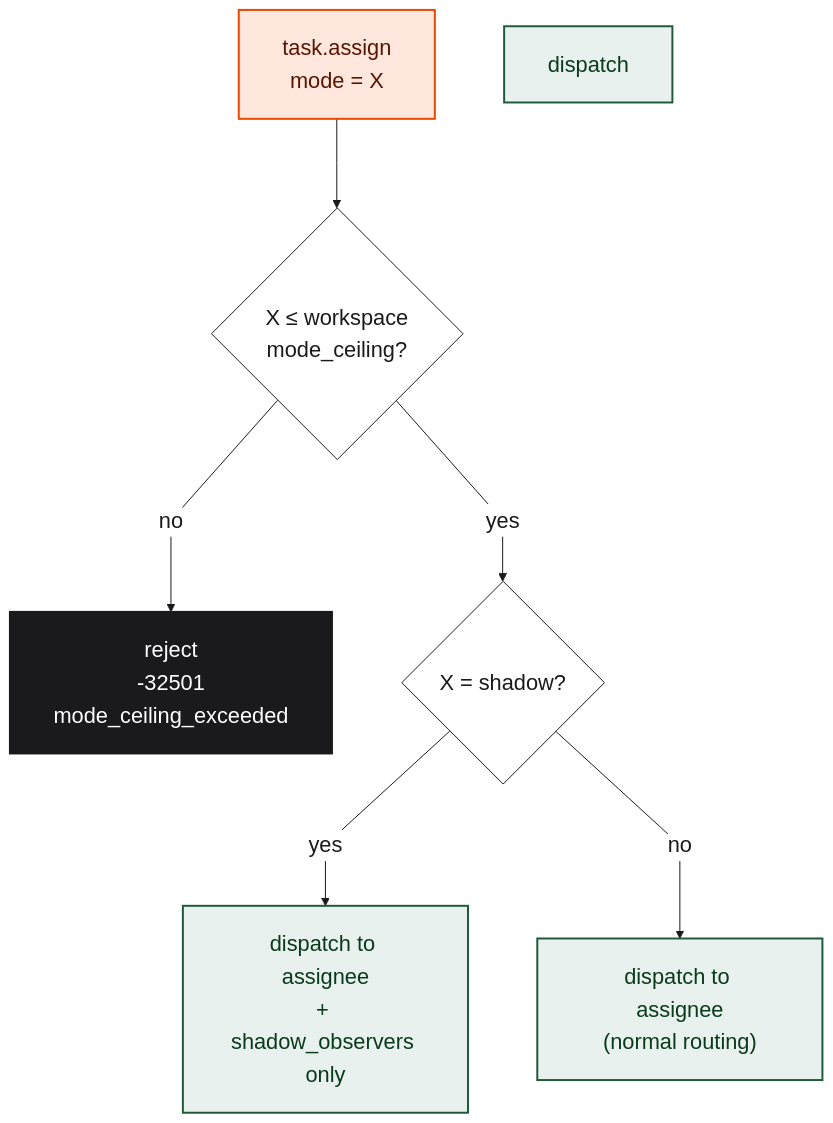
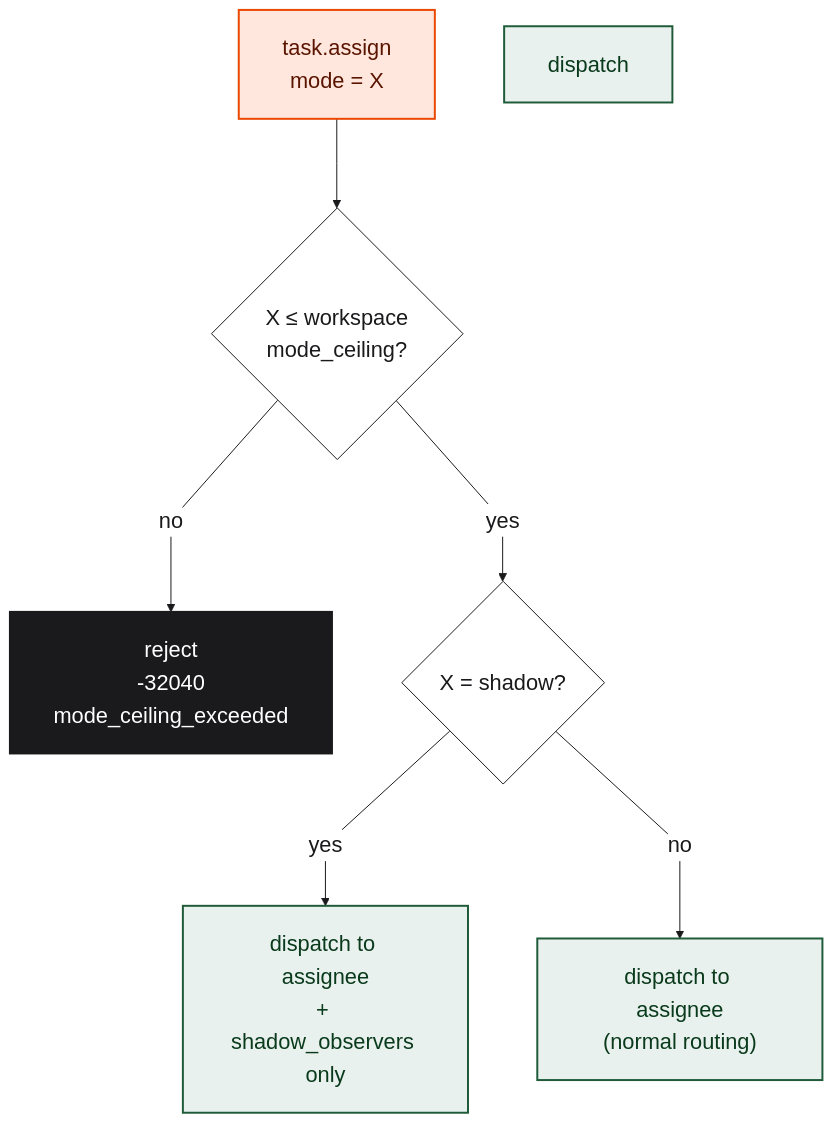
One commit to BrightbeamAI/chap changed the fifth of 9 diagrams in ARCHITECTURE.md. Above: the diagram before and after it, drawn with Mermaid. The commit also changed other lines of this file and 16 other files, not shown here.

````diff
--- a/ARCHITECTURE.md
+++ b/ARCHITECTURE.md
@@ -263,32 +265,32 @@
 ```mermaid
 %%{init: {
   "theme": "base",
   "themeVariables": {
     "fontSize": "22px",
     "fontFamily": "Arial, Helvetica, sans-serif",
     "primaryColor": "#ffffff",
     "primaryTextColor": "#1a1a1c",
     "primaryBorderColor": "#1a1a1c",
     "lineColor": "#1a1a1c"
   },
   "flowchart": { "curve": "linear", "nodeSpacing": 70, "rankSpacing": 90, "padding": 22 }
 }}%%
 flowchart TB
     classDef mode  fill:#FFE7DD,stroke:#EA4700,stroke-width:2px,color:#5a1500
     classDef ok    fill:#E8F1ED,stroke:#1f5b39,stroke-width:2px,color:#0a3a1c
     classDef block fill:#1a1a1c,stroke:#1a1a1c,stroke-width:2px,color:#ffffff
 
     IN["task.assign<br/>mode = X"]:::mode
     CHK{"X ≤ workspace<br/>mode_ceiling?"}
     YES["dispatch"]:::ok
-    NO["reject<br/>-32501<br/>mode_ceiling_exceeded"]:::block
+    NO["reject<br/>-32040<br/>mode_ceiling_exceeded"]:::block
     OBS{"X = shadow?"}
     ROUTE1["dispatch to assignee<br/>+ shadow_observers only"]:::ok
     ROUTE2["dispatch to assignee<br/>(normal routing)"]:::ok
 
     IN --> CHK
     CHK -- no  --> NO
     CHK -- yes --> OBS
     OBS -- yes --> ROUTE1
     OBS -- no  --> ROUTE2
 ```
````
